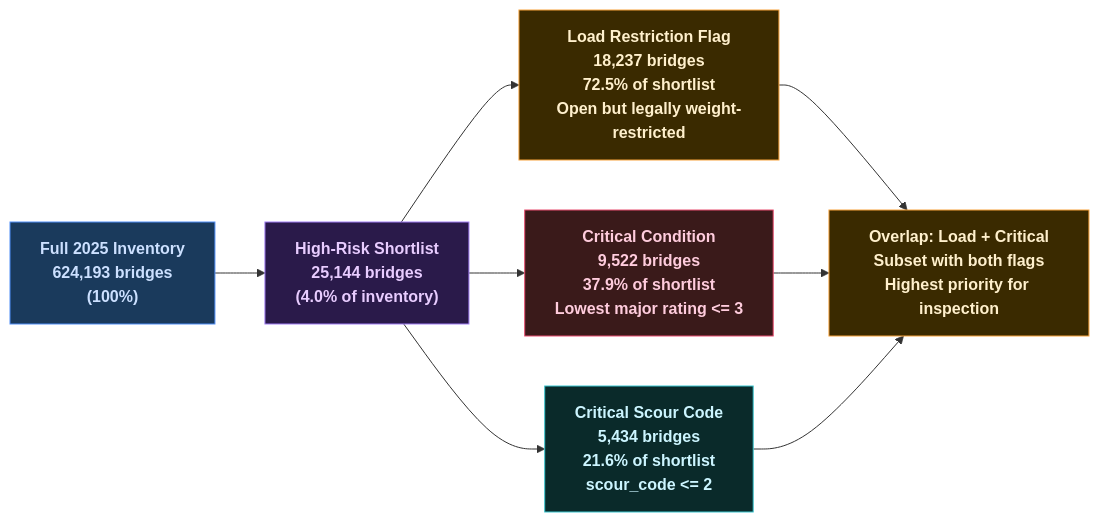
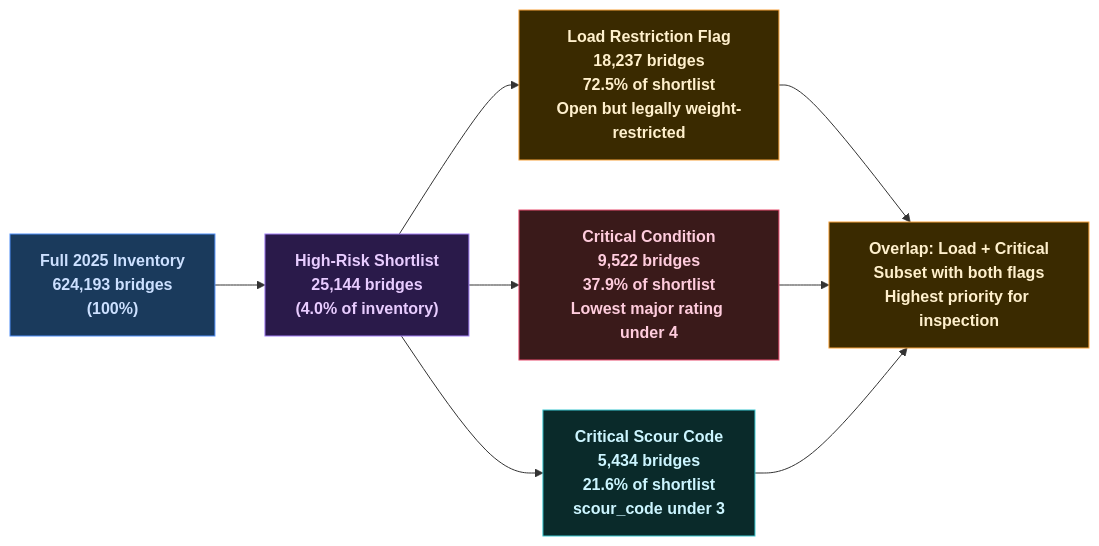
Before and after one commit to PRADEEPERIYASAMY/NationalBridgeStructuralFailureEngine: the ninth of 11 diagrams in README.md, drawn with Mermaid. The commit also changed other lines of this file, not shown here.

Commit message:
fix: markdown rendering issues in mermaid diagrams

````diff
--- a/README.md
+++ b/README.md
@@ -572,22 +580,22 @@
 ```mermaid
 graph LR
     classDef full  fill:#1a3a5c,stroke:#4f8ef7,color:#cce0ff,font-weight:bold
     classDef short fill:#2a1a4a,stroke:#a17ff5,color:#e8ccff,font-weight:bold
     classDef load  fill:#3a2a00,stroke:#f7a23b,color:#fff0cc,font-weight:bold
     classDef crit  fill:#3a1a1a,stroke:#e84c6e,color:#ffccdd,font-weight:bold
     classDef scour fill:#0a2a2a,stroke:#3bc6cf,color:#ccf5ff,font-weight:bold
 
     INV["Full 2025 Inventory\n624,193 bridges\n(100%)"]:::full
 
     INV --> SL["High-Risk Shortlist\n25,144 bridges\n(4.0% of inventory)"]:::short
 
     SL --> LF["Load Restriction Flag\n18,237 bridges\n72.5% of shortlist\nOpen but legally weight-restricted"]:::load
 
-    SL --> CR["Critical Condition\n9,522 bridges\n37.9% of shortlist\nLowest major rating <= 3"]:::crit
+    SL --> CR["Critical Condition\n9,522 bridges\n37.9% of shortlist\nLowest major rating under 4"]:::crit
 
-    SL --> SC["Critical Scour Code\n5,434 bridges\n21.6% of shortlist\nscour_code <= 2"]:::scour
+    SL --> SC["Critical Scour Code\n5,434 bridges\n21.6% of shortlist\nscour_code under 3"]:::scour
 
     LF --> OV["Overlap: Load + Critical\nSubset with both flags\nHighest priority for inspection"]:::load
     CR --> OV
     SC --> OV
 ```
````
